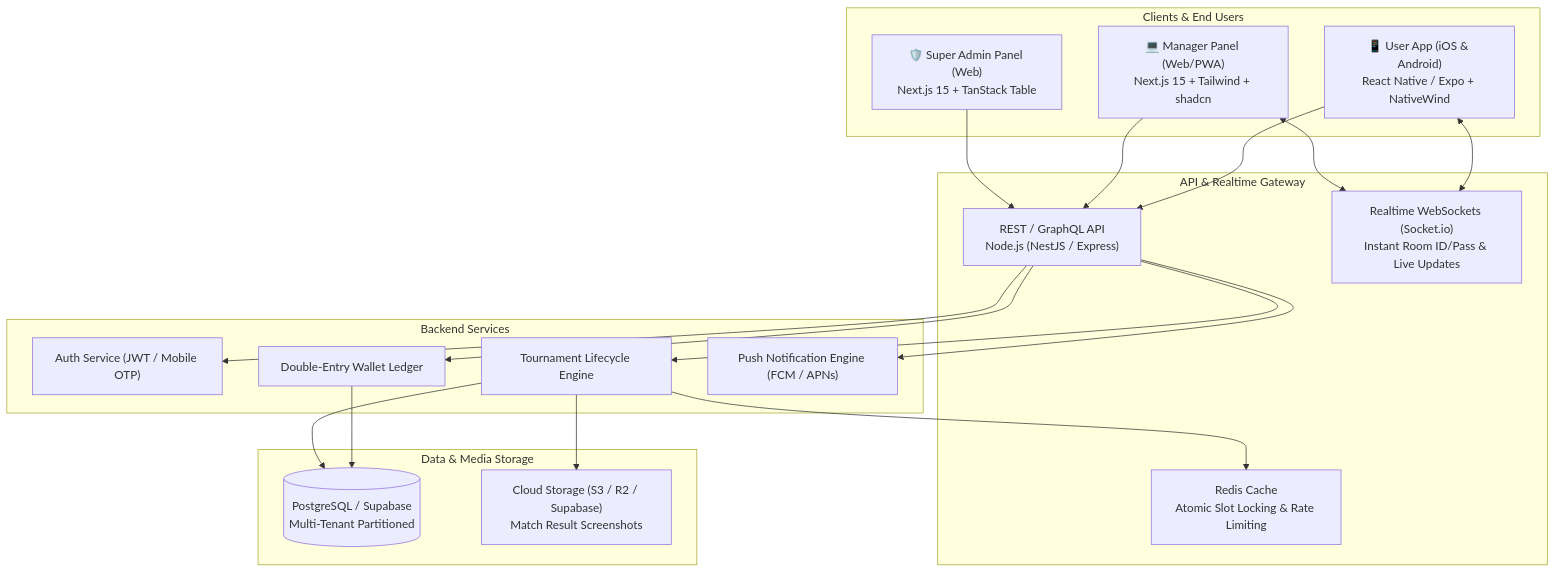
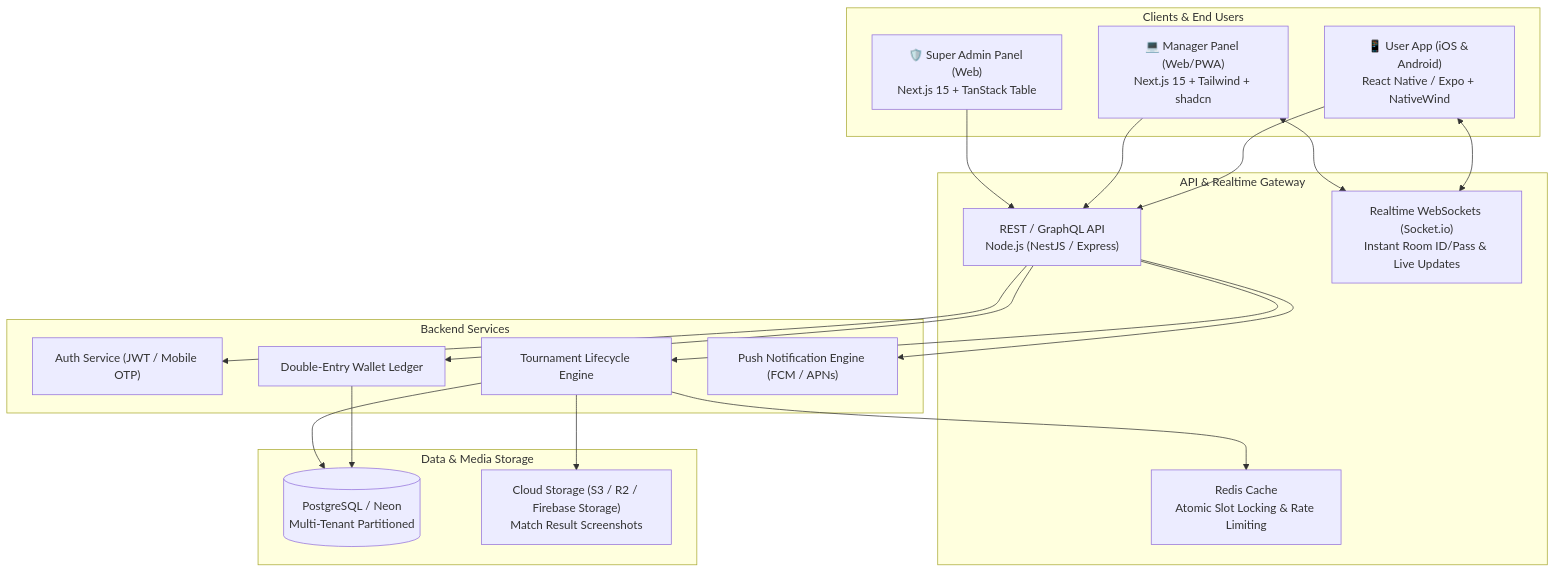
One commit to deadesports99/deadesports changed the first of 2 diagrams in plan/ROADMAP.md. Above: the diagram before and after it, drawn with Mermaid. The commit also changed other lines of this file and 100 other files, not shown here.

````diff
--- a/plan/ROADMAP.md
+++ b/plan/ROADMAP.md
@@ -29,42 +29,42 @@
 ```mermaid
 flowchart TD
     subgraph ClientLayer["Clients & End Users"]
         UA["📱 User App (iOS & Android)<br>React Native / Expo + NativeWind"]
         MP["💻 Manager Panel (Web/PWA)<br>Next.js 15 + Tailwind + shadcn"]
         AP["🛡️ Super Admin Panel (Web)<br>Next.js 15 + TanStack Table"]
     end
 
     subgraph Gateway["API & Realtime Gateway"]
         API["REST / GraphQL API<br>Node.js (NestJS / Express)"]
         WS["Realtime WebSockets (Socket.io)<br>Instant Room ID/Pass & Live Updates"]
         REDIS["Redis Cache<br>Atomic Slot Locking & Rate Limiting"]
     end
 
     subgraph BackendServices["Backend Services"]
         AUTH["Auth Service (JWT / Mobile OTP)"]
         TOURN["Tournament Lifecycle Engine"]
         WALLET["Double-Entry Wallet Ledger"]
         NOTIF["Push Notification Engine (FCM / APNs)"]
     end
 
     subgraph DataStore["Data & Media Storage"]
-        DB[(PostgreSQL / Supabase<br>Multi-Tenant Partitioned)]
-        S3["Cloud Storage (S3 / R2 / Supabase)<br>Match Result Screenshots"]
+        DB[(PostgreSQL / Neon<br>Multi-Tenant Partitioned)]
+        S3["Cloud Storage (S3 / R2 / Firebase Storage)<br>Match Result Screenshots"]
     end
 
     UA --> API
     MP --> API
     AP --> API
     UA <--> WS
     MP <--> WS
 
     API --> AUTH
     API --> TOURN
     API --> WALLET
     API --> NOTIF
 
     TOURN --> REDIS
     WALLET --> DB
     TOURN --> DB
     TOURN --> S3
 ```
````
